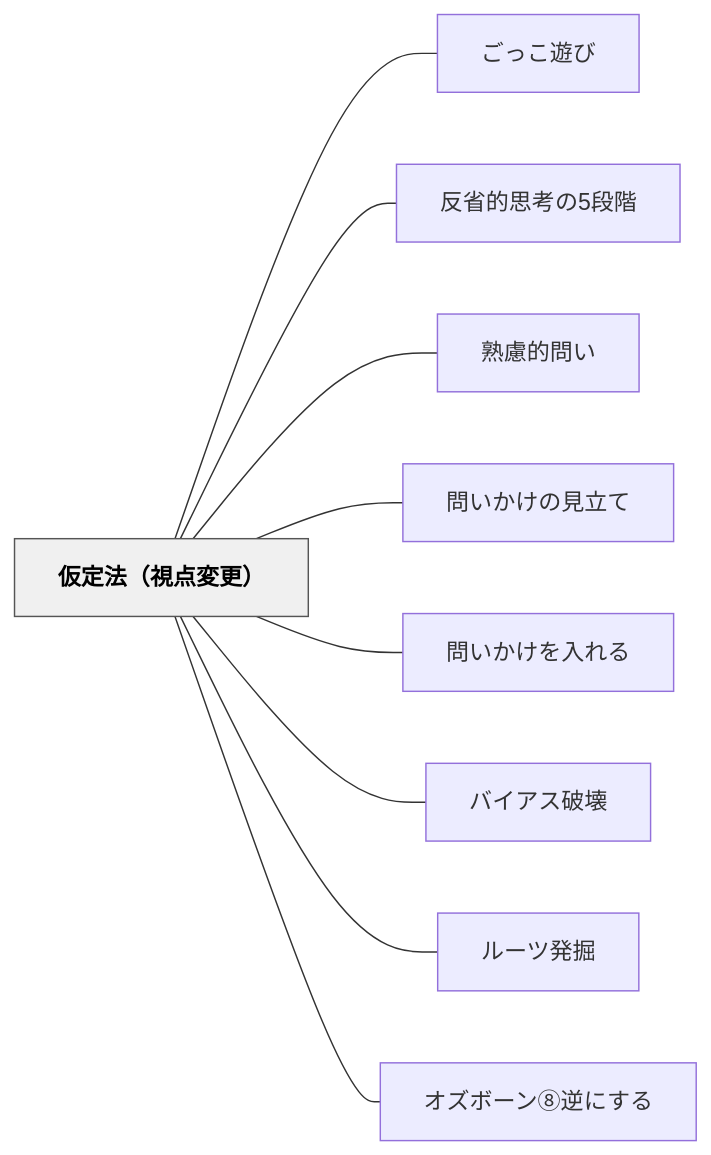
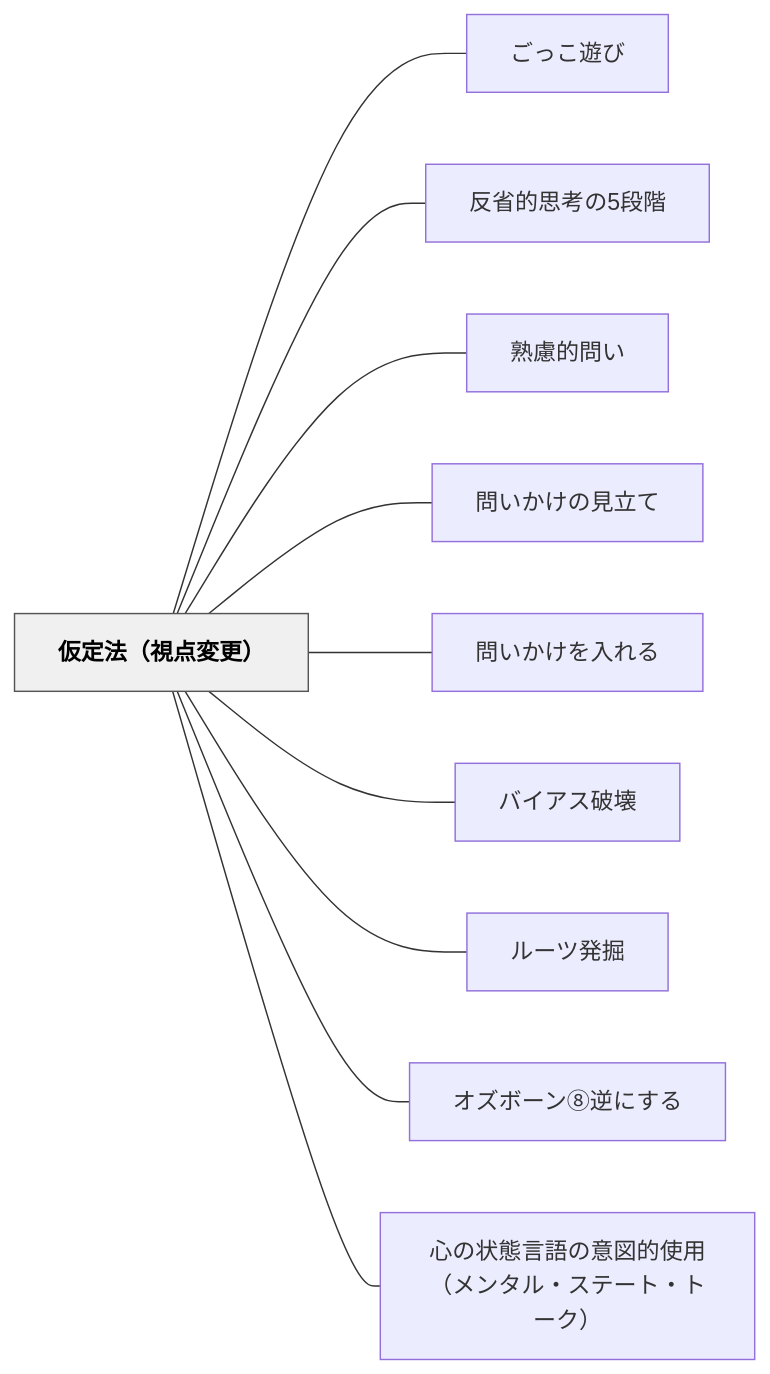
The diagram in content/パタン/仮定法（視点変更）.md (unknownthings-ed-patterns/unknownthings-ed-patterns), drawn with Mermaid before and after one commit. The commit also changed other lines of this file and 6 other files, not shown here.

````diff
--- a/content/パタン/仮定法（視点変更）.md
+++ b/content/パタン/仮定法（視点変更）.md
@@ -72,24 +73,26 @@
 ```mermaid
 flowchart LR
     ne4bbaee5ae9ae6b395efbc88e8a696e782b9e5a489e69bb4efbc89["仮定法（視点変更）"]
     ne38194e381a3e38193e9818ae381b3["ごっこ遊び"]
     ne58f8de79c81e79a84e6809de88083e381ae35e6aeb5e99a8e["反省的思考の5段階"]
     ne7869fe685aee79a84e5958fe38184["熟慮的問い"]
     ne5958fe38184e3818be38191e381aee8a68be7ab8be381a6["問いかけの見立て"]
     ne5958fe38184e3818be38191e38292e585a5e3828ce3828b["問いかけを入れる"]
     ne38390e382a4e382a2e382b9e7a0b4e5a38a["バイアス破壊"]
     ne383abe383bce38384e799bae68e98["ルーツ発掘"]
     ne382aae382bae3839ce383bce383b3e291a7e98086e381abe38199e3828b["オズボーン⑧逆にする"]
+    ne5bf83e381aee78ab6e6858be8a880e8aa9ee381aee6848fe59bb3e79a84e4bdbfe794a8efbc88e383a1e383b3e382bfe383abe383bbe382b9e38386e383bce38388e383bbe38388e383bce382afefbc89["心の状態言語の意図的使用（メンタル・ステート・トーク）"]
 
     ne4bbaee5ae9ae6b395efbc88e8a696e782b9e5a489e69bb4efbc89 --- ne38194e381a3e38193e9818ae381b3
     ne4bbaee5ae9ae6b395efbc88e8a696e782b9e5a489e69bb4efbc89 --- ne58f8de79c81e79a84e6809de88083e381ae35e6aeb5e99a8e
     ne4bbaee5ae9ae6b395efbc88e8a696e782b9e5a489e69bb4efbc89 --- ne7869fe685aee79a84e5958fe38184
     ne4bbaee5ae9ae6b395efbc88e8a696e782b9e5a489e69bb4efbc89 --- ne5958fe38184e3818be38191e381aee8a68be7ab8be381a6
     ne4bbaee5ae9ae6b395efbc88e8a696e782b9e5a489e69bb4efbc89 --- ne5958fe38184e3818be38191e38292e585a5e3828ce3828b
     ne4bbaee5ae9ae6b395efbc88e8a696e782b9e5a489e69bb4efbc89 --- ne38390e382a4e382a2e382b9e7a0b4e5a38a
     ne4bbaee5ae9ae6b395efbc88e8a696e782b9e5a489e69bb4efbc89 --- ne383abe383bce38384e799bae68e98
     ne4bbaee5ae9ae6b395efbc88e8a696e782b9e5a489e69bb4efbc89 --- ne382aae382bae3839ce383bce383b3e291a7e98086e381abe38199e3828b
+    ne4bbaee5ae9ae6b395efbc88e8a696e782b9e5a489e69bb4efbc89 --- ne5bf83e381aee78ab6e6858be8a880e8aa9ee381aee6848fe59bb3e79a84e4bdbfe794a8efbc88e383a1e383b3e382bfe383abe383bbe382b9e38386e383bce38388e383bbe38388e383bce382afefbc89
 
     classDef hub fill:#f0f0f0,stroke:#555,color:#000,font-weight:bold
     class ne4bbaee5ae9ae6b395efbc88e8a696e782b9e5a489e69bb4efbc89 hub
 ```
````
